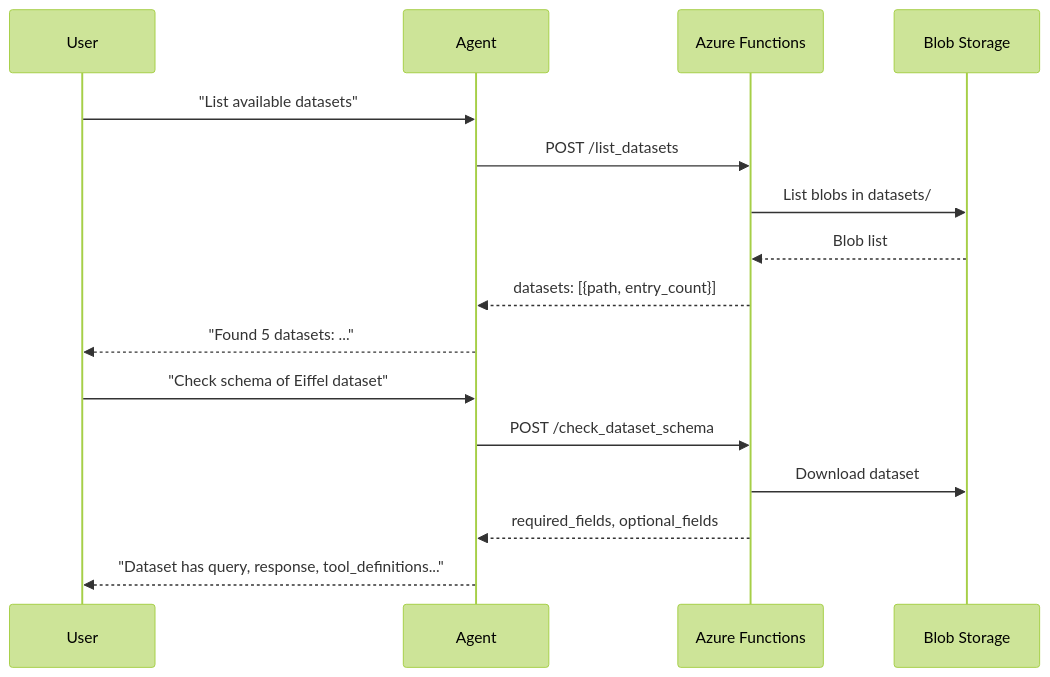
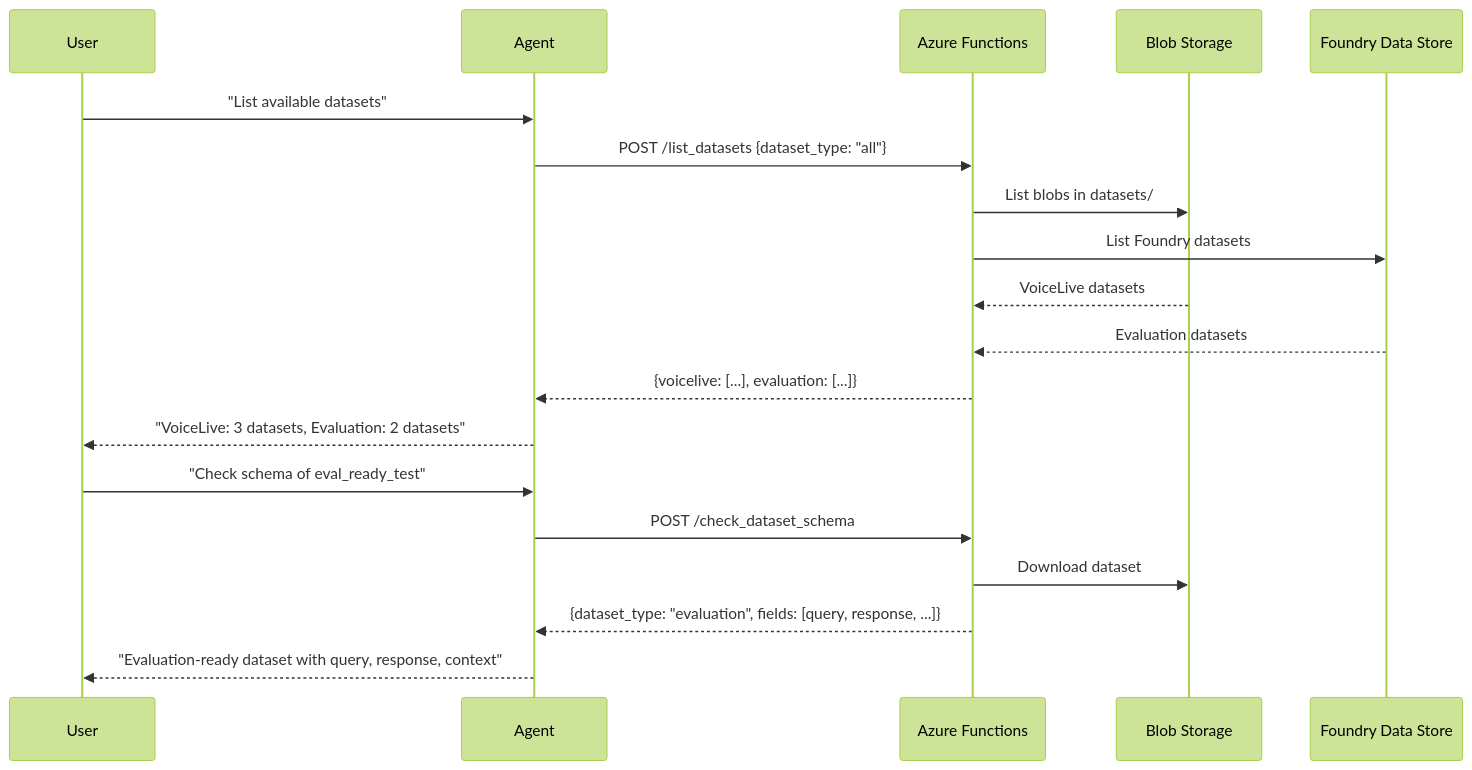
Before and after one commit to microsoft-foundry/voicelive-evaluation: diagram 12 of 18 in evaluation_agent_v3/ARCHITECTURE.md, drawn with Mermaid (forest theme). The commit also changed other lines of this file and 1 other file, not shown here.

First line of the commit message:
docs: comprehensive dataset lifecycle flowcharts and polling limitation

````diff
--- a/evaluation_agent_v3/ARCHITECTURE.md
+++ b/evaluation_agent_v3/ARCHITECTURE.md
@@ -670,20 +790,23 @@
 ```mermaid
 sequenceDiagram
     participant User
     participant Agent
     participant Functions as Azure Functions
     participant Blob as Blob Storage
+    participant Foundry as Foundry Data Store
     
     User->>Agent: "List available datasets"
-    Agent->>Functions: POST /list_datasets
+    Agent->>Functions: POST /list_datasets {dataset_type: "all"}
     Functions->>Blob: List blobs in datasets/
-    Blob-->>Functions: Blob list
-    Functions-->>Agent: datasets: [{path, entry_count}]
-    Agent-->>User: "Found 5 datasets: ..."
+    Functions->>Foundry: List Foundry datasets
+    Blob-->>Functions: VoiceLive datasets
+    Foundry-->>Functions: Evaluation datasets
+    Functions-->>Agent: {voicelive: [...], evaluation: [...]}
+    Agent-->>User: "VoiceLive: 3 datasets, Evaluation: 2 datasets"
     
-    User->>Agent: "Check schema of Eiffel dataset"
+    User->>Agent: "Check schema of eval_ready_test"
     Agent->>Functions: POST /check_dataset_schema
     Functions->>Blob: Download dataset
-    Functions-->>Agent: required_fields, optional_fields
-    Agent-->>User: "Dataset has query, response, tool_definitions..."
+    Functions-->>Agent: {dataset_type: "evaluation", fields: [query, response, ...]}
+    Agent-->>User: "Evaluation-ready dataset with query, response, context"
 ```
````
